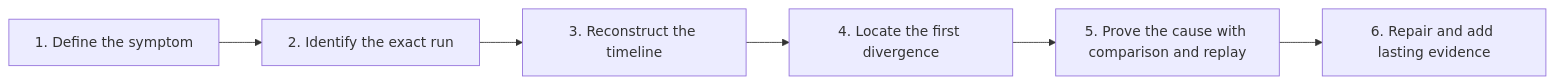
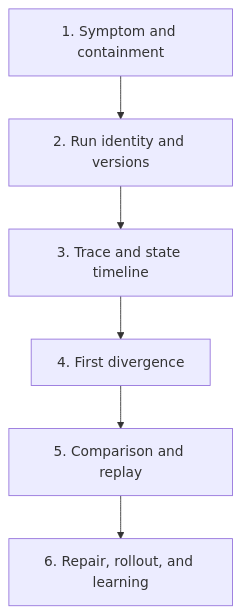
Before and after one commit to senlinyy/dev-roadmaps: the second of 8 diagrams in roadmaps/mlops/modules/llmops/runtime-observability/02-debugging-runs.md, drawn with Mermaid. The commit also changed other lines of this file and 198 other files, not shown here.

````diff
--- a/roadmaps/mlops/modules/llmops/runtime-observability/02-debugging-runs.md
+++ b/roadmaps/mlops/modules/llmops/runtime-observability/02-debugging-runs.md
@@ -17,8 +72,8 @@
 ```mermaid
-flowchart LR
-    S["1. Define the symptom"] --> I["2. Identify the exact run"]
-    I --> T["3. Reconstruct the timeline"]
-    T --> D["4. Locate the first divergence"]
-    D --> P["5. Prove the cause with comparison and replay"]
-    P --> L["6. Repair and add lasting evidence"]
+flowchart TD
+    A["1. Symptom and containment"] --> B["2. Run identity and versions"]
+    B --> C["3. Trace and state timeline"]
+    C --> D["4. First divergence"]
+    D --> E["5. Comparison and replay"]
+    E --> F["6. Repair, rollout, and learning"]
 ```
````
